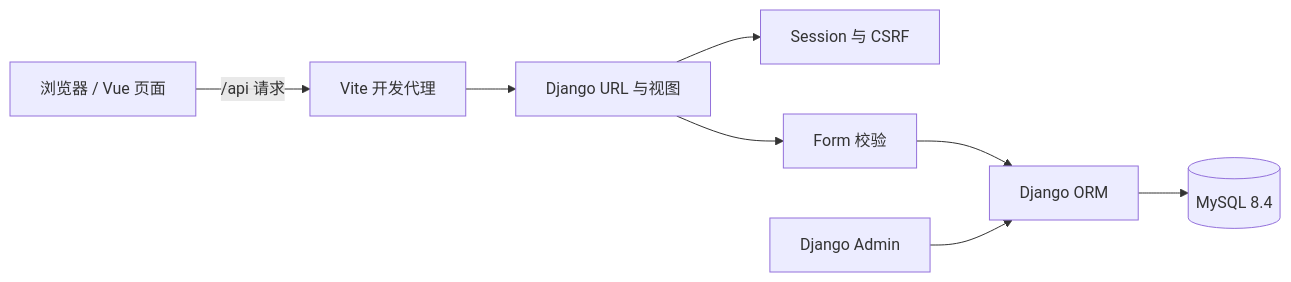
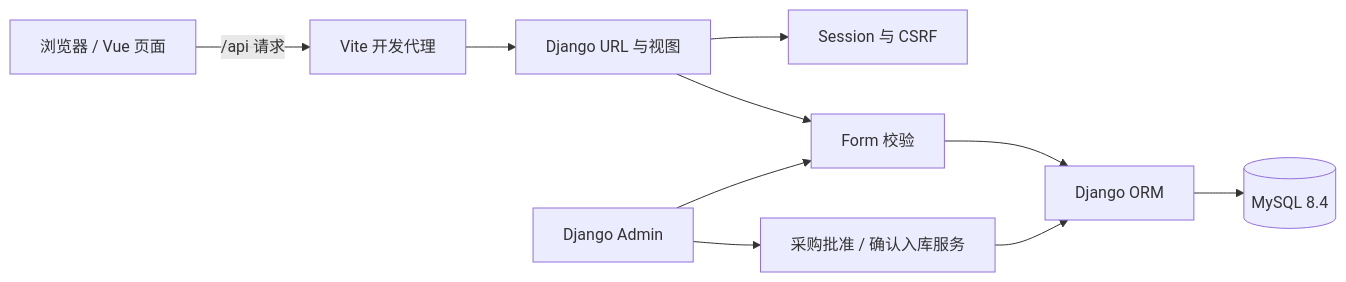
The diagram in docs/03-architecture.md (wanbro333/lab), drawn with Mermaid before and after one commit. The commit also changed other lines of this file and 29 other files, not shown here.

````diff
--- a/docs/03-architecture.md
+++ b/docs/03-architecture.md
@@ -11,10 +13,12 @@
 ```mermaid
 flowchart LR
     Browser[浏览器 / Vue 页面] -->|/api 请求| Vite[Vite 开发代理]
     Vite --> Django[Django URL 与视图]
     Django --> Auth[Session 与 CSRF]
     Django --> Form[Form 校验]
     Form --> ORM[Django ORM]
     ORM --> MySQL[(MySQL 8.4)]
-    Admin[Django Admin] --> ORM
+    Admin[Django Admin] --> Service[采购批准 / 确认入库服务]
+    Service --> ORM
+    Admin --> Form
 ```
````
